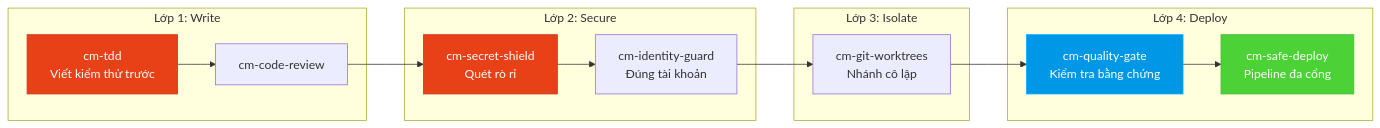
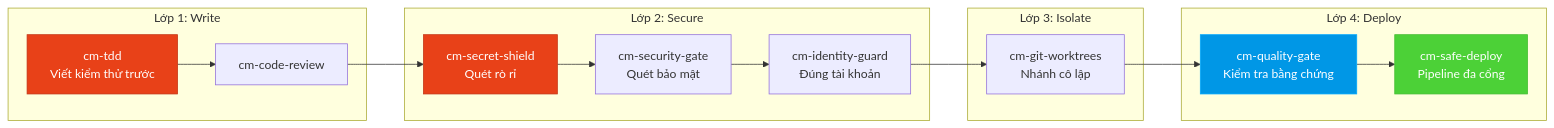
The third of 3 diagrams in README-vi.md (tody-agent/codymaster), drawn with Mermaid before and after one commit. The commit also changed other lines of this file and 32 other files, not shown here.

````diff
--- a/README-vi.md
+++ b/README-vi.md
@@ -109,19 +109,19 @@
 ```mermaid
 flowchart LR
     subgraph "Lớp 1: Write"
         A["cm-tdd<br/>Viết kiểm thử trước"] --> B["cm-code-review"]
     end
     subgraph "Lớp 2: Secure"
-        B --> C["cm-secret-shield<br/>Quét rò rỉ"] --> D["cm-identity-guard<br/>Đúng tài khoản"]
+        B --> C["cm-secret-shield<br/>Quét rò rỉ"] --> S["cm-security-gate<br/>Quét bảo mật"] --> D["cm-identity-guard<br/>Đúng tài khoản"]
     end
     subgraph "Lớp 3: Isolate"
         D --> E["cm-git-worktrees<br/>Nhánh cô lập"]
     end
     subgraph "Lớp 4: Deploy"
         E --> F["cm-quality-gate<br/>Kiểm tra bằng chứng"] --> G["cm-safe-deploy<br/>Pipeline đa cổng"]
     end
     style A fill:#e84118,stroke:#c23616,color:#fff
     style C fill:#e84118,stroke:#c23616,color:#fff
     style F fill:#0097e6,stroke:#00a8ff,color:#fff
     style G fill:#4cd137,stroke:#44bd32,color:#fff
 ```
````
